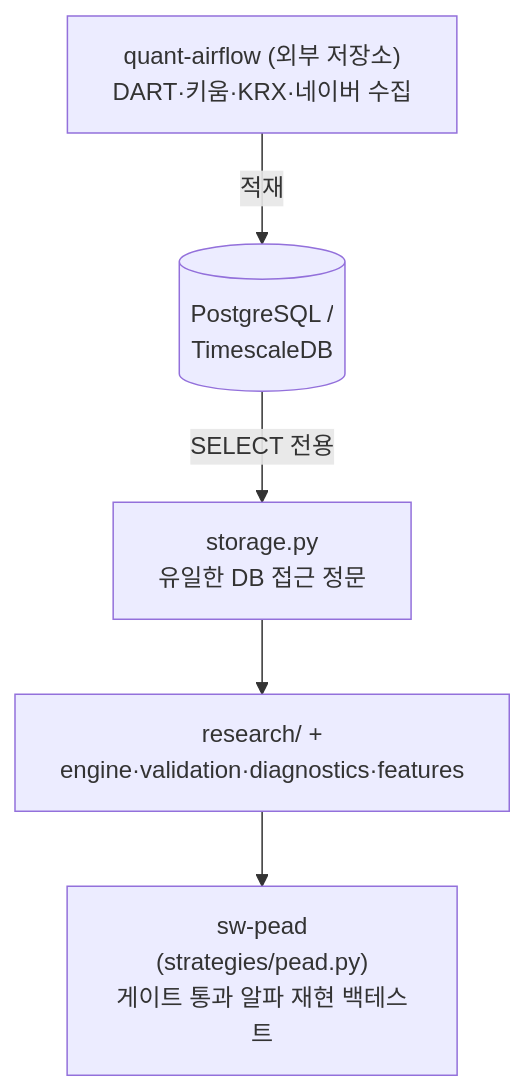
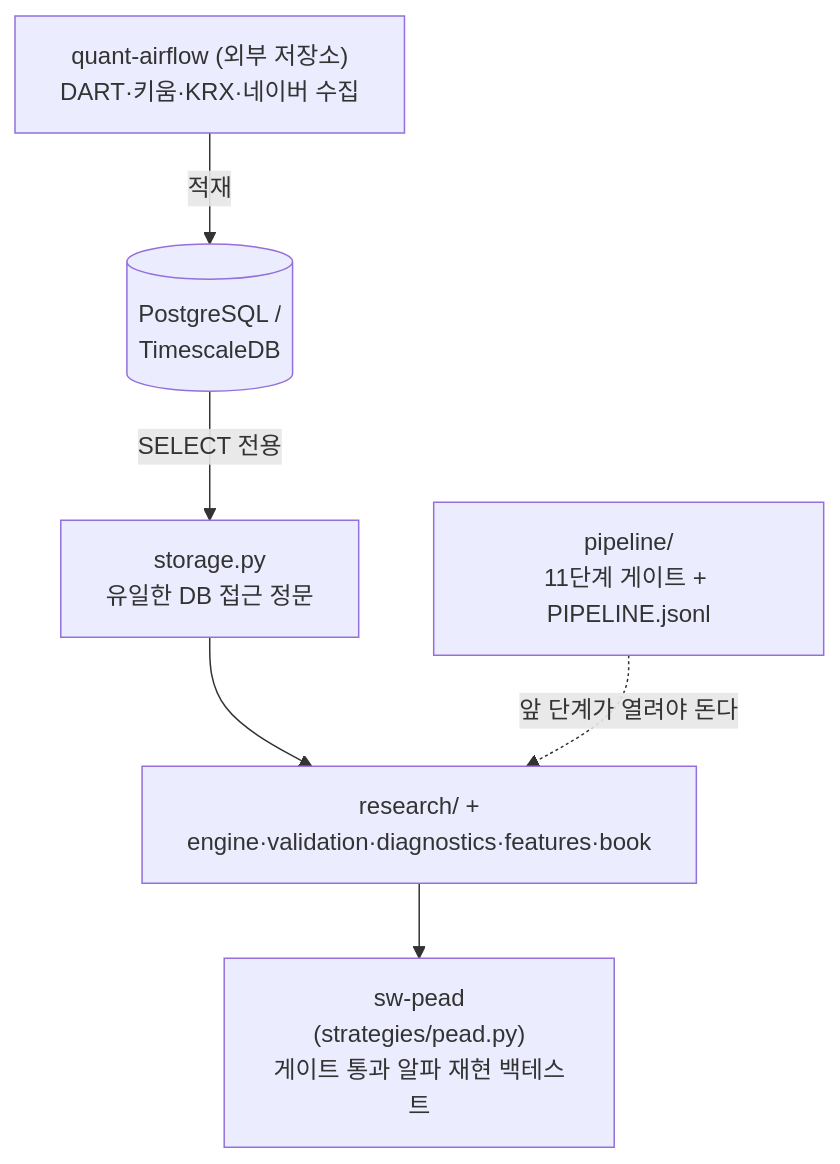
The diagram in README.md (younghwan91/swing-it), drawn with Mermaid before and after one commit. The commit also changed other lines of this file, not shown here.

First line of the commit message:
docs(readme): 11단계 게이트·book 모듈·후속 연구 판정을 반영

````diff
--- a/README.md
+++ b/README.md
@@ -90,9 +101,10 @@
 ```mermaid
 flowchart TD
     AF["quant-airflow (외부 저장소)\nDART·키움·KRX·네이버 수집"] -->|적재| DB[("PostgreSQL /\nTimescaleDB")]
 
     DB -->|"SELECT 전용"| ST["storage.py\n유일한 DB 접근 정문"]
 
-    ST --> ALPHA["research/ +\nengine·validation·diagnostics·features"]
+    ST --> ALPHA["research/ +\nengine·validation·diagnostics·features·book"]
     ALPHA --> PEAD["sw-pead\n(strategies/pead.py)\n게이트 통과 알파 재현 백테스트"]
+    GATE["pipeline/\n11단계 게이트 + PIPELINE.jsonl"] -. "앞 단계가 열려야 돈다" .-> ALPHA
 ```
````
